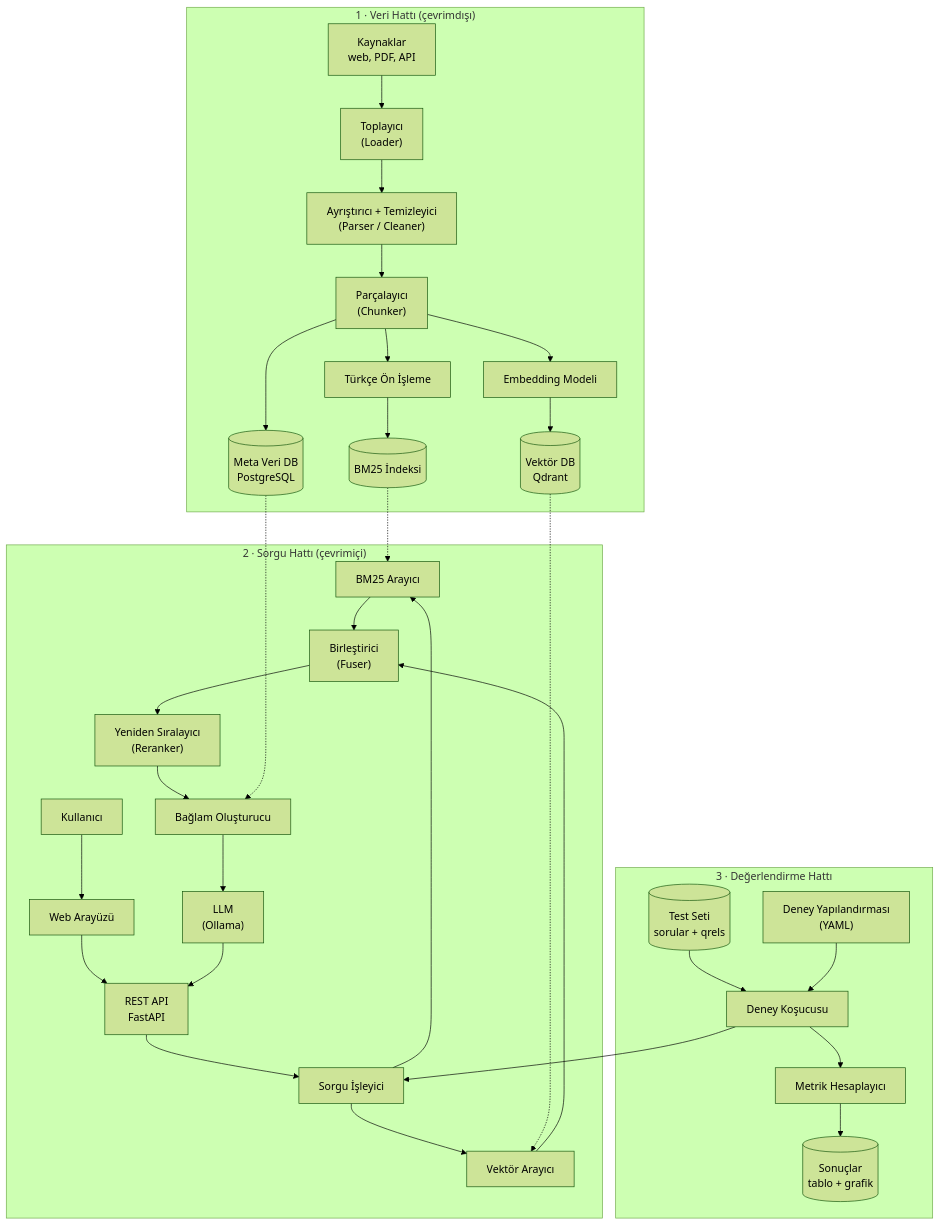
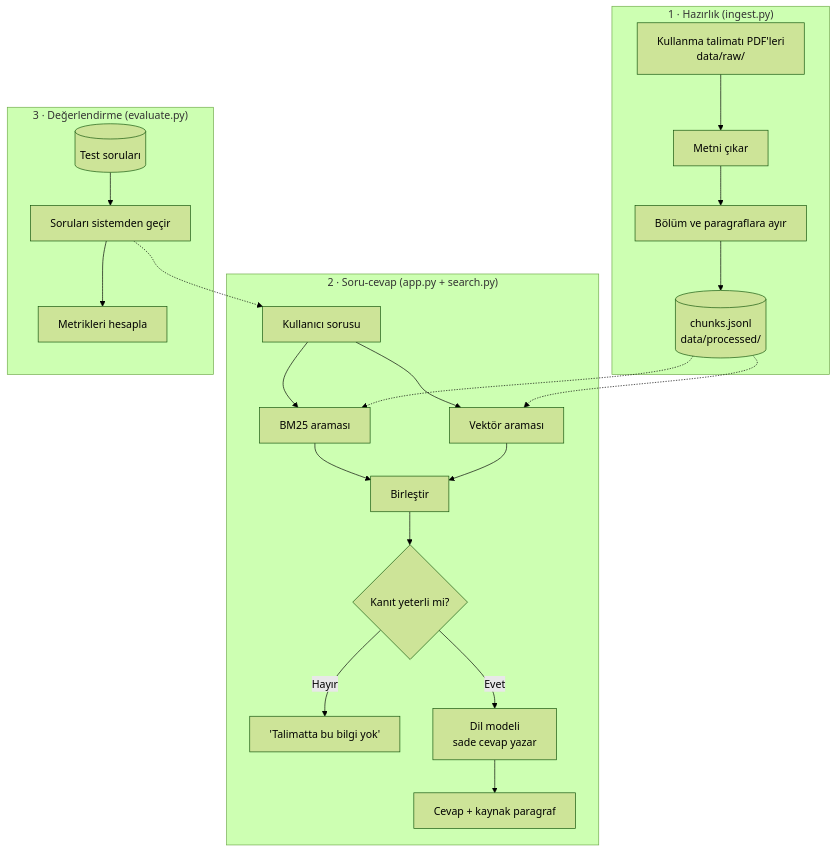
Before and after one commit to selimdogann/bitirme: the first of 2 diagrams in docs/03-mimari.md, drawn with Mermaid (forest theme). The commit also changed other lines of this file and 11 other files, not shown here.

````diff
--- a/docs/03-mimari.md
+++ b/docs/03-mimari.md
@@ -17,39 +17,28 @@
 ```mermaid
 flowchart TB
-    subgraph ING["1 · Veri Hattı (çevrimdışı)"]
-        S["Kaynaklar<br/>web, PDF, API"] --> L["Toplayıcı<br/>(Loader)"]
-        L --> P["Ayrıştırıcı + Temizleyici<br/>(Parser / Cleaner)"]
-        P --> C["Parçalayıcı<br/>(Chunker)"]
-        C --> TP["Türkçe Ön İşleme"]
-        TP --> BI[("BM25 İndeksi")]
-        C --> EM["Embedding Modeli"]
-        EM --> VI[("Vektör DB<br/>Qdrant")]
-        C --> MD[("Meta Veri DB<br/>PostgreSQL")]
+    subgraph HAZIRLIK["1 · Hazırlık (ingest.py)"]
+        PDF["Kullanma talimatı PDF'leri<br/>data/raw/"] --> TXT["Metni çıkar"]
+        TXT --> BOL["Bölüm ve paragraflara ayır"]
+        BOL --> CH[("chunks.jsonl<br/>data/processed/")]
     end
 
-    subgraph QRY["2 · Sorgu Hattı (çevrimiçi)"]
-        U["Kullanıcı"] --> UI["Web Arayüzü"]
-        UI --> API["REST API<br/>FastAPI"]
-        API --> QP["Sorgu İşleyici"]
-        QP --> R1["BM25 Arayıcı"]
-        QP --> R2["Vektör Arayıcı"]
-        R1 --> F["Birleştirici<br/>(Fuser)"]
-        R2 --> F
-        F --> RR["Yeniden Sıralayıcı<br/>(Reranker)"]
-        RR --> CB["Bağlam Oluşturucu"]
-        CB --> LLM["LLM<br/>(Ollama)"]
-        LLM --> API
+    subgraph SORU["2 · Soru-cevap (app.py + search.py)"]
+        Q["Kullanıcı sorusu"] --> B["BM25 araması"]
+        Q --> V["Vektör araması"]
+        B --> F["Birleştir"]
+        V --> F
+        F --> K{"Kanıt yeterli mi?"}
+        K -- Hayır --> RED["'Talimatta bu bilgi yok'"]
+        K -- Evet --> LLM["Dil modeli<br/>sade cevap yazar"]
+        LLM --> EKRAN["Cevap + kaynak paragraf"]
     end
 
-    subgraph EVAL["3 · Değerlendirme Hattı"]
-        TS[("Test Seti<br/>sorular + qrels")] --> RUN["Deney Koşucusu"]
-        CFG["Deney Yapılandırması<br/>(YAML)"] --> RUN
-        RUN --> QP
-        RUN --> MET["Metrik Hesaplayıcı"]
-        MET --> RES[("Sonuçlar<br/>tablo + grafik")]
+    subgraph DEG["3 · Değerlendirme (evaluate.py)"]
+        TS[("Test soruları")] --> RUN["Soruları sistemden geçir"]
+        RUN --> MET["Metrikleri hesapla"]
     end
 
-    BI -.-> R1
-    VI -.-> R2
-    MD -.-> CB
+    CH -.-> B
+    CH -.-> V
+    RUN -.-> Q
 ```
````
